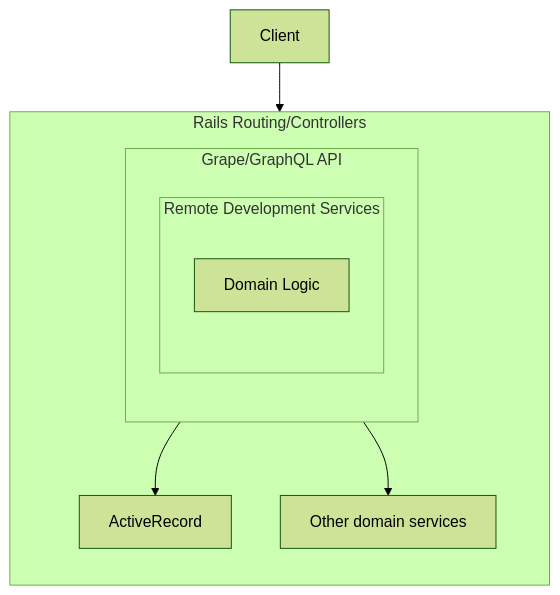
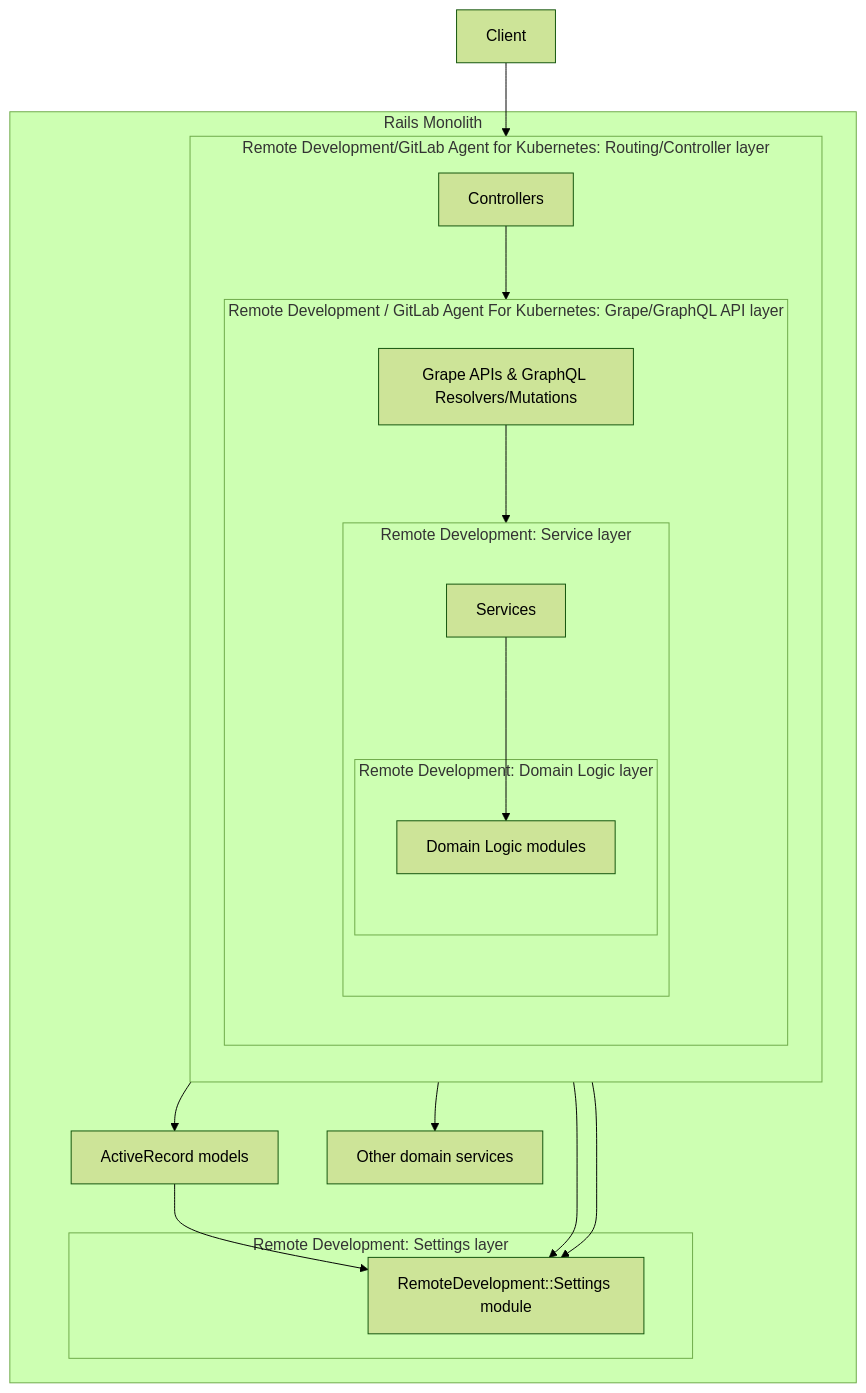
One commit to ashierj/superdemo changed the diagram in ee/lib/remote_development/README.md. Above: the diagram before and after it, drawn with Mermaid (forest theme). The commit also changed other lines of this file and 34 other files, not shown here.

First line of the commit message:
Introduce Remote Dev Settings module

````diff
--- a/ee/lib/remote_development/README.md
+++ b/ee/lib/remote_development/README.md
@@ -37,17 +38,34 @@
 ```mermaid
 flowchart TB
     direction TB
-    Client --> r
-    subgraph r[Rails Routing/Controllers]
-        direction TB
-        subgraph g[Grape/GraphQL API]
+    Client --> controllers
+    subgraph monolith[Rails Monolith]
+        subgraph routinglayer[Remote Development/GitLab Agent for Kubernetes: Routing/Controller layer]
             direction TB
-            subgraph s[Remote Development Services]
+            controllers[Controllers]
+            subgraph apilayer[Remote Development / GitLab Agent For Kubernetes: Grape/GraphQL API layer]
                 direction TB
-                dl[Domain Logic]
+                apis[Grape APIs & GraphQL Resolvers/Mutations]
+                subgraph service[Remote Development: Service layer]
+                    direction TB
+                    services[Services]
+                    subgraph domainlogiclayer[Remote Development: Domain Logic layer]
+                    domainlogic[Domain Logic modules]
+                    end
+                end
             end
         end
-        dl --> ActiveRecord
-        dl --> o[Other domain services]
+        subgraph settingslayer[Remote Development: Settings layer]
+          settings[RemoteDevelopment::Settings module]
+        end
+        models[ActiveRecord models]
+        domainlogic --> otherdomainservices[Other domain services]
+        controllers --> apis
+        apis --> services
+        services --> domainlogic
+        domainlogic --> models
+        controllers --> settings
+        services --> settings
+        models --> settings
     end
 ```
````
